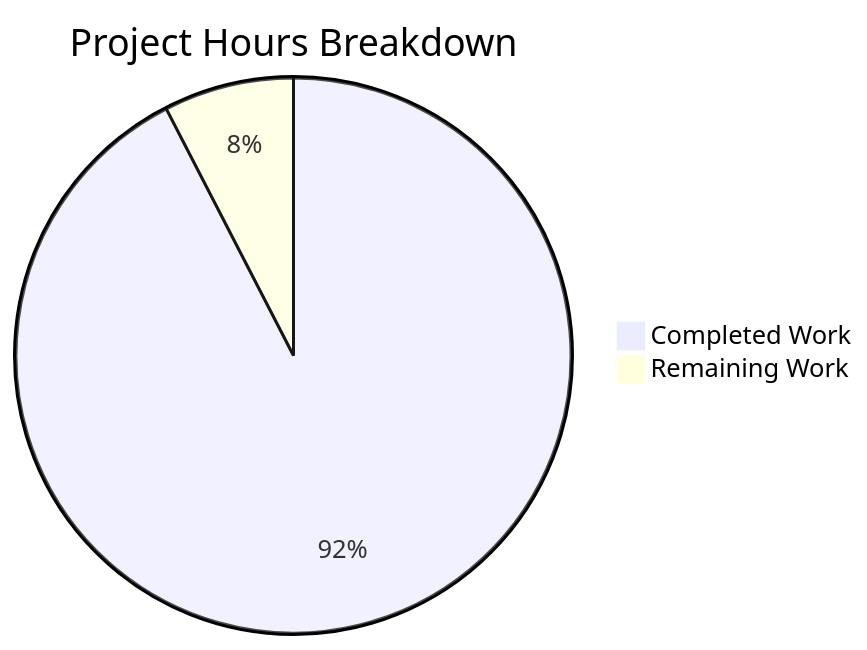
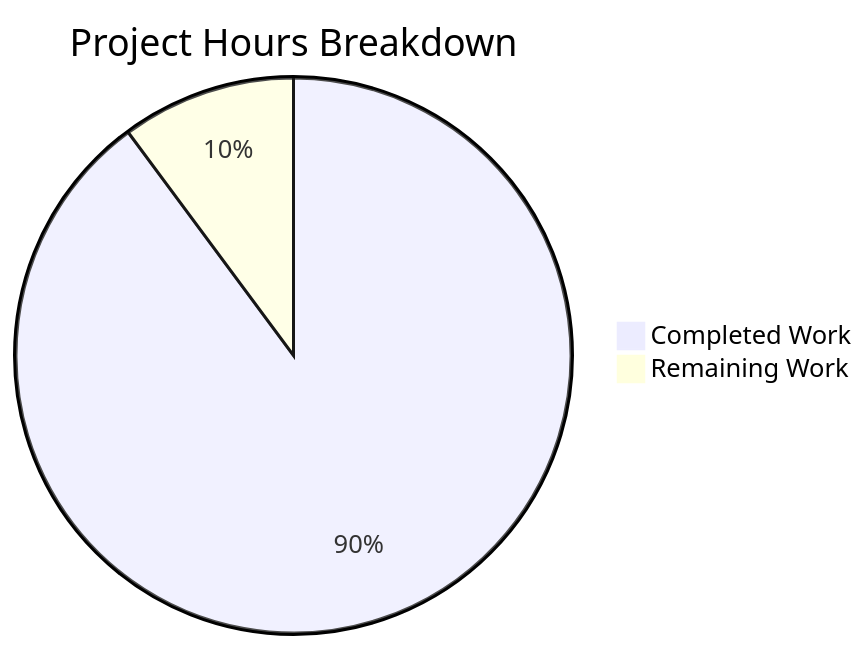
One commit to sudhanshu-spec/test-spec changed the diagram in blitzy/documentation/Project Guide.md. Above: the diagram before and after it, drawn with Mermaid. The commit also changed other lines of this file, not shown here.

Commit message:
Adding Blitzy Project Guide: Project Status and Human Tasks Remaining

````diff
--- a/blitzy/documentation/Project Guide.md
+++ b/blitzy/documentation/Project Guide.md
@@ -95,5 +65,5 @@
 ```mermaid
 pie title Project Hours Breakdown
-    "Completed Work" : 61
-    "Remaining Work" : 5
+    "Completed Work" : 62
+    "Remaining Work" : 7
 ```
````
